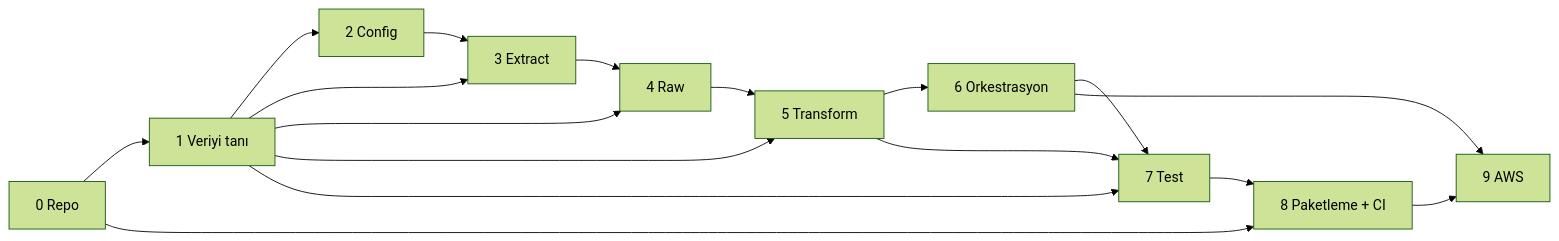
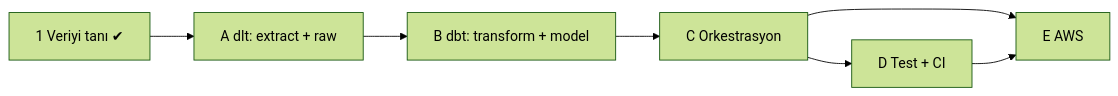
The diagram in docs/ROADMAP.md (barisyurtmann/LastFM-ETL-Pipeline-with-AWS-and-Python), drawn with Mermaid (forest theme) before and after one commit. The commit also changed other lines of this file and 4 other files, not shown here.

Commit message:
docs: pivot to a tool-first plan — dlt for ingestion, dbt for transform

````diff
--- a/docs/ROADMAP.md
+++ b/docs/ROADMAP.md
@@ -34,19 +65,9 @@
 ```mermaid
 graph LR
-    S0[0 Repo] --> S1[1 Veriyi tanı]
-    S1 --> S2[2 Config]
-    S2 --> S3[3 Extract]
-    S1 --> S3
-    S3 --> S4[4 Raw]
-    S1 --> S4
-    S4 --> S5[5 Transform]
-    S1 --> S5
-    S5 --> S6[6 Orkestrasyon]
-    S1 --> S7[7 Test]
-    S5 --> S7
-    S6 --> S7
-    S0 --> S8[8 Paketleme + CI]
-    S7 --> S8
-    S6 --> S9[9 AWS]
-    S8 --> S9
+    S1[1 Veriyi tanı ✔] --> A[A dlt: extract + raw]
+    A --> B[B dbt: transform + model]
+    B --> C[C Orkestrasyon]
+    C --> D[D Test + CI]
+    C --> E[E AWS]
+    D --> E
 ```
````
